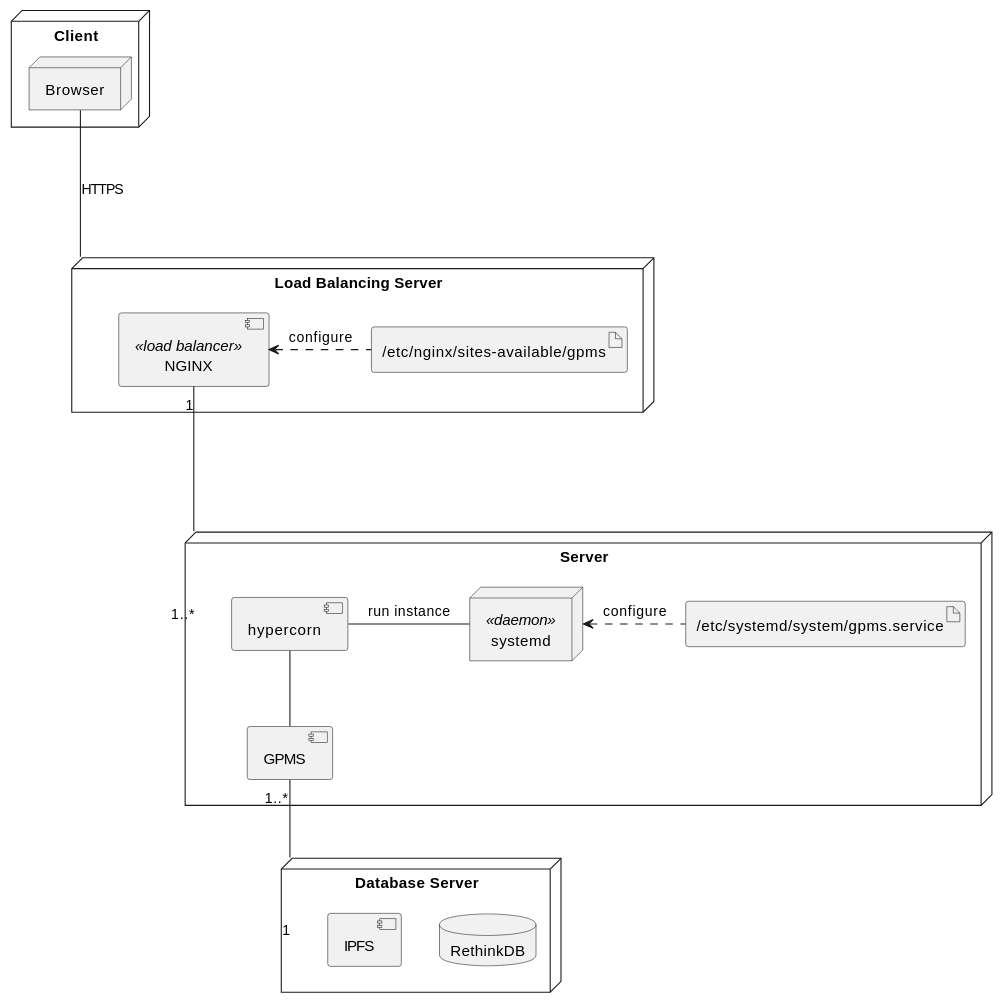
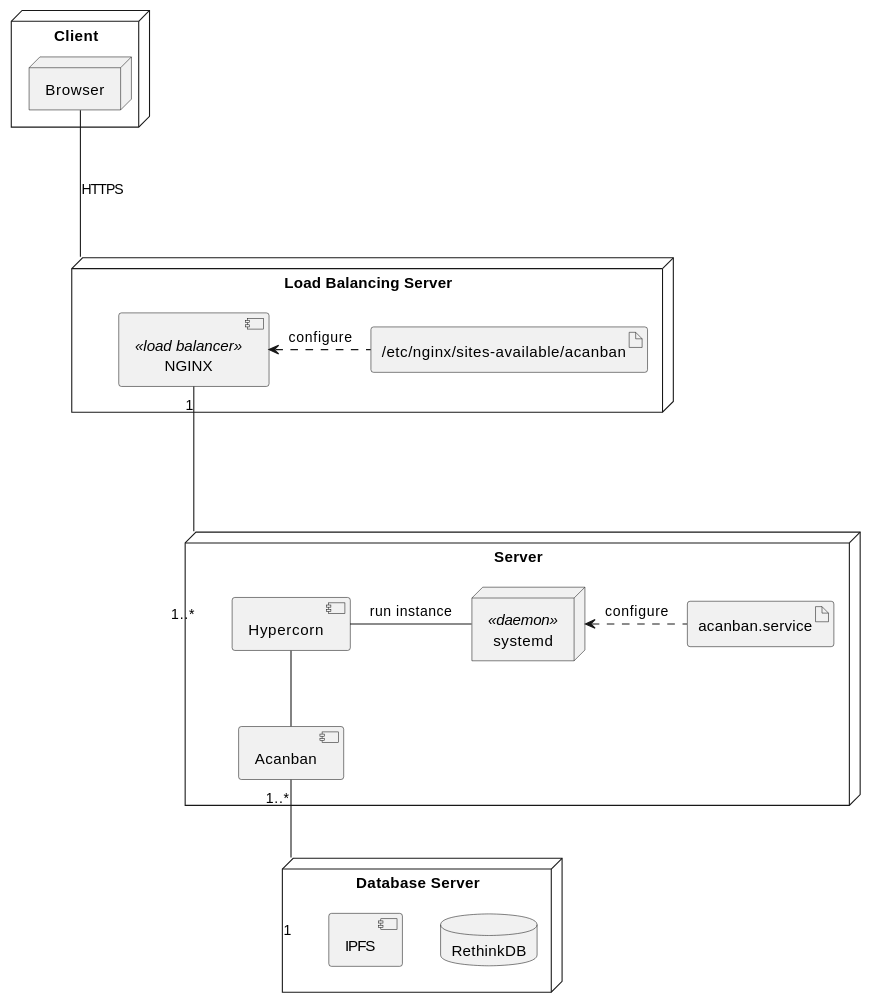
Before and after one commit to Huy-Ngo/acanban: the second of 2 diagrams in docs/source/solution/distribution.rst, drawn with PlantUML. The commit also changed other lines of this file and 9 other files, not shown here.

```diff
--- a/docs/source/solution/distribution.rst
+++ b/docs/source/solution/distribution.rst
@@ -31,32 +31,32 @@
 .. uml::
 
    node Client {
       node Browser
    }
 
    node "Load Balancing Server" as balancer {
       component NGINX as nginx <<load balancer>>
-      artifact "/etc/nginx/sites-available/gpms" as nginx_conf
+      artifact "/etc/nginx/sites-available/acanban" as nginx_conf
    }
 
    node Server {
-      artifact "/etc/systemd/system/gpms.service" as systemd_conf
-      component GPMS as gpms
-      component hypercorn
+      artifact "acanban.service" as systemd_conf
+      component Acanban
+      component Hypercorn
       node systemd <<daemon>>
    }
 
    node "Database Server" as db_server {
       database "RethinkDB" as db
       component IPFS
    }
 
    Browser --- balancer: HTTPS
 
    nginx <. nginx_conf: configure
    nginx "1" --- "1..*" Server
 
-   hypercorn - systemd: run instance
+   Hypercorn - systemd: run instance
    systemd <. systemd_conf: configure
-   hypercorn -- gpms
-   gpms "1..*" -- "1" db_server
+   Hypercorn -- Acanban
+   Acanban "1..*" -- "1" db_server
```
